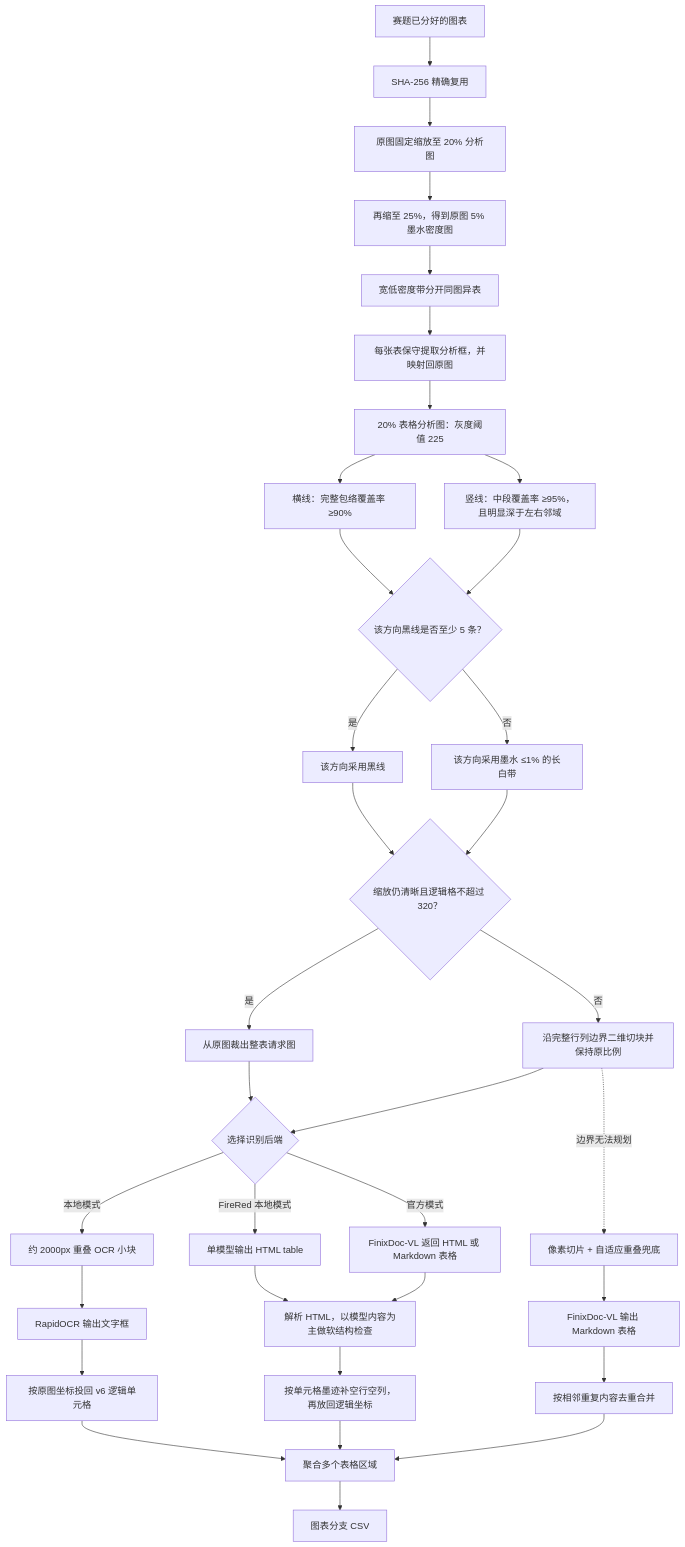
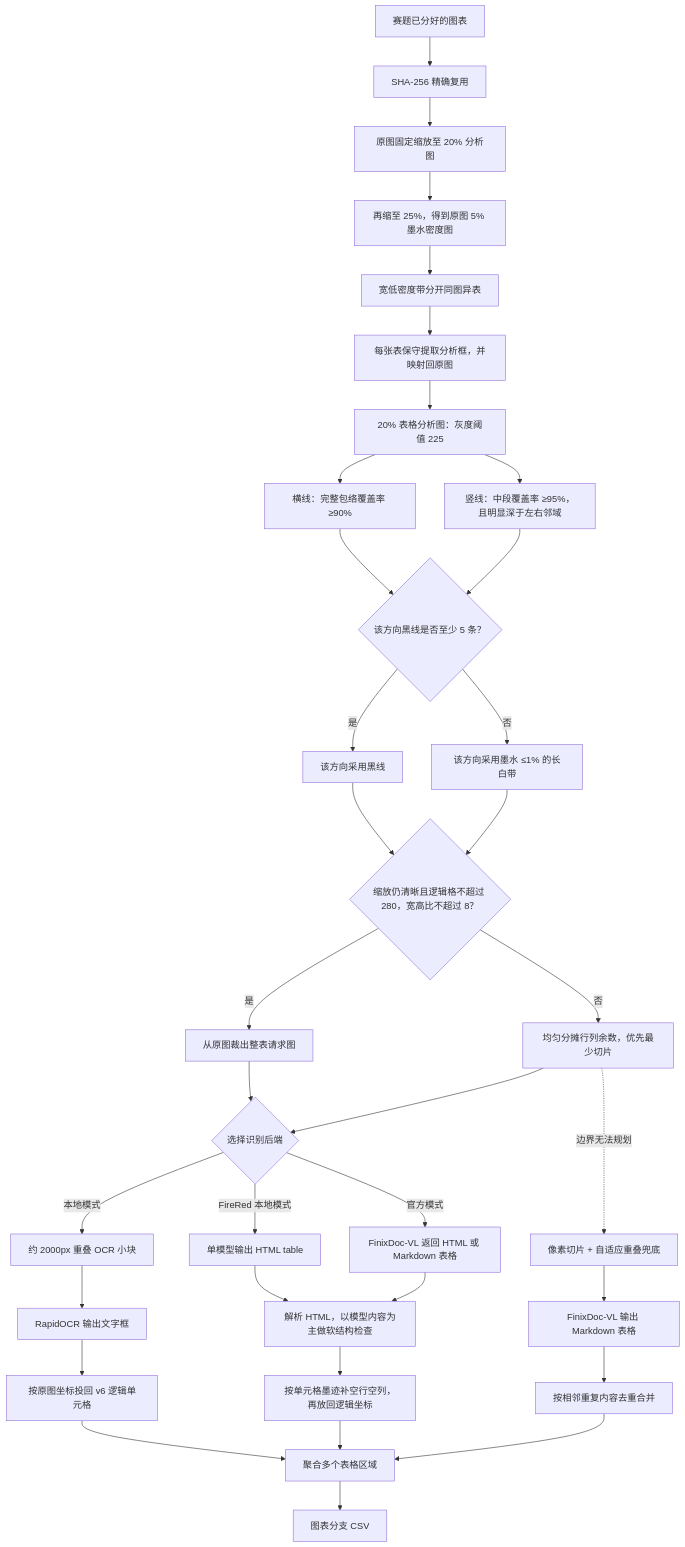
The diagram in afac_pipeline/table/README.md (AAAXXS-0/CAFA6202), drawn with Mermaid before and after one commit. The commit also changed other lines of this file and 6 other files, not shown here.

Commit message:
feat:图表逻辑网格改为280格均衡切块

````diff
--- a/afac_pipeline/table/README.md
+++ b/afac_pipeline/table/README.md
@@ -6,36 +6,36 @@
 ```mermaid
 flowchart TD
     A["赛题已分好的图表"] --> B["SHA-256 精确复用"]
     B --> C["原图固定缩放至 20% 分析图"]
     C --> D["再缩至 25%，得到原图 5% 墨水密度图"]
     D --> E["宽低密度带分开同图异表"]
     E --> F["每张表保守提取分析框，并映射回原图"]
     F --> G["20% 表格分析图：灰度阈值 225"]
     G --> HR["横线：完整包络覆盖率 ≥90%"]
     G --> HC["竖线：中段覆盖率 ≥95%，且明显深于左右邻域"]
     HR --> V{"该方向黑线是否至少 5 条？"}
     HC --> V
     V -- "是" --> I["该方向采用黑线"]
     V -- "否" --> W["该方向采用墨水 ≤1% 的长白带"]
-    I --> X{"缩放仍清晰且逻辑格不超过 320？"}
+    I --> X{"缩放仍清晰且逻辑格不超过 280，宽高比不超过 8？"}
     W --> X
     X -- "是" --> Y["从原图裁出整表请求图"]
-    X -- "否" --> J["沿完整行列边界二维切块并保持原比例"]
+    X -- "否" --> J["均匀分摊行列余数，优先最少切片"]
     J -. "边界无法规划" .-> N["像素切片 + 自适应重叠兜底"]
     Y --> Z{"选择识别后端"}
     J --> Z
     Z -- "官方模式" --> O["FinixDoc-VL 返回 HTML 或 Markdown 表格"]
     Z -- "FireRed 本地模式" --> FO["单模型输出 HTML table"]
     FO --> Q
     Z -- "本地模式" --> LO["约 2000px 重叠 OCR 小块"]
     LO --> LC["RapidOCR 输出文字框"]
     LC --> LD["按原图坐标投回 v6 逻辑单元格"]
     LD --> T
     N --> P["FinixDoc-VL 输出 Markdown 表格"]
     O --> Q["解析 HTML，以模型内容为主做软结构检查"]
     Q --> R["按单元格墨迹补空行空列，再放回逻辑坐标"]
     P --> S["按相邻重复内容去重合并"]
     R --> T["聚合多个表格区域"]
     S --> T
     T --> U["图表分支 CSV"]
 ```
````
